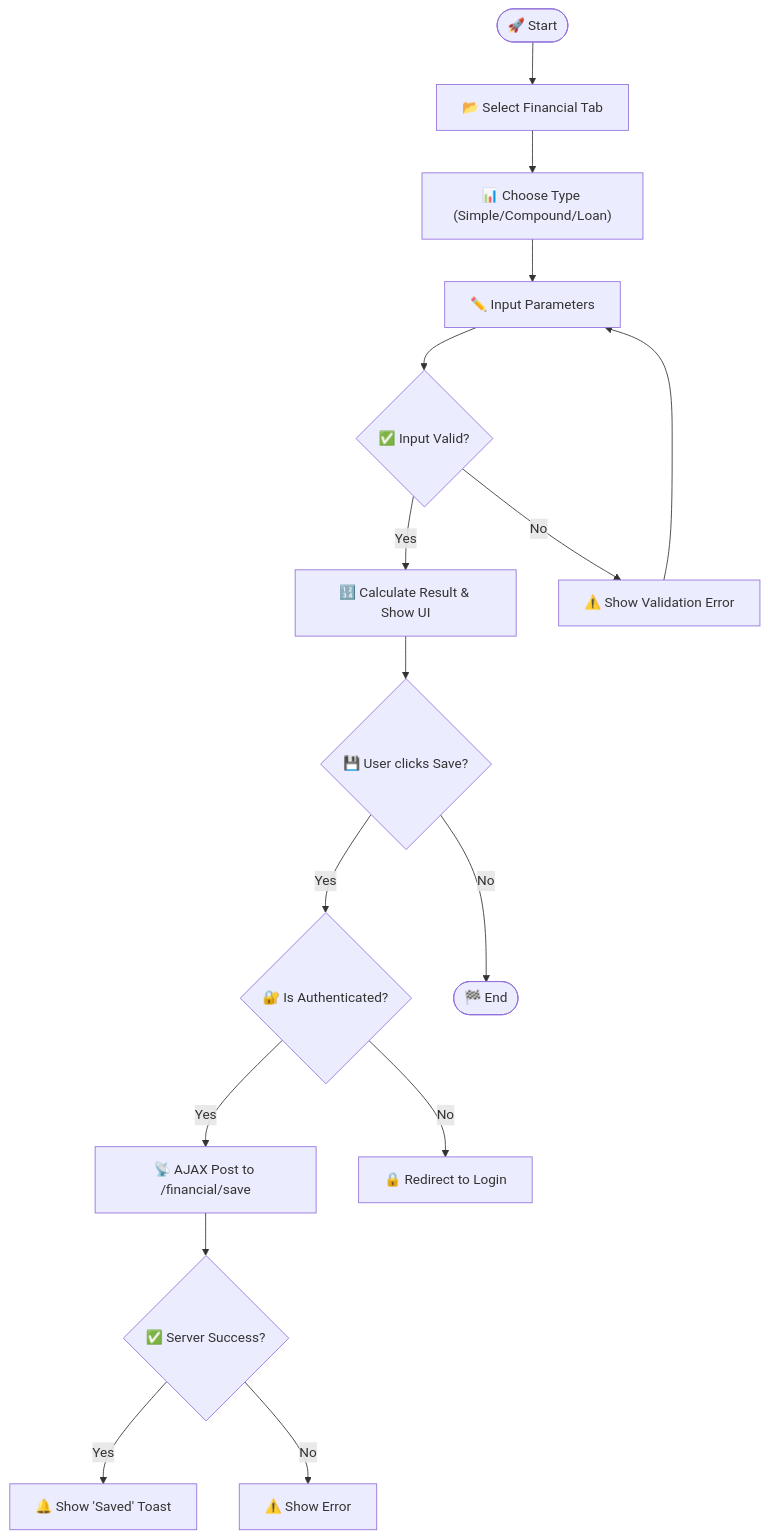
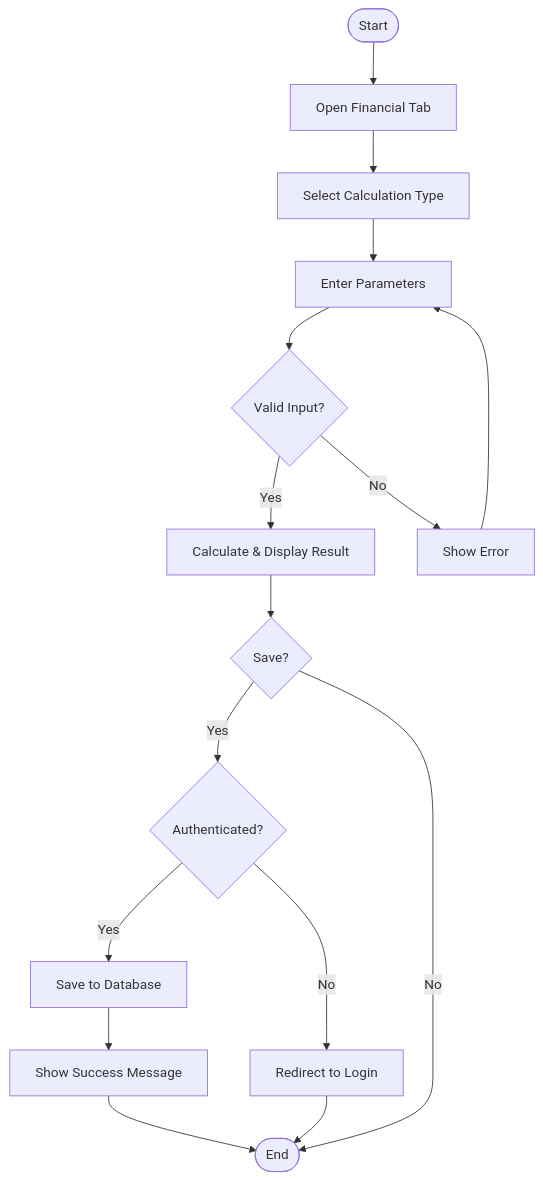
One commit to falcon-ioi/Caclcon changed the second of 4 diagrams in README.md. Above: the diagram before and after it, drawn with Mermaid. The commit also changed other lines of this file, not shown here.

Commit message:
Docs: Clean up UML diagrams for elegance and readability

````diff
--- a/README.md
+++ b/README.md
@@ -110,22 +110,22 @@
 ```mermaid
 flowchart TD
-    A(["🚀 Start"]) --> B["📂 Select Financial Tab"]
-    B --> C["📊 Choose Type (Simple/Compound/Loan)"]
-    C --> D["✏️ Input Parameters"]
-    D --> E{"✅ Input Valid?"}
+    A([Start]) --> B[Open Financial Tab]
+    B --> C[Select Calculation Type]
+    C --> D[Enter Parameters]
+    D --> E{Valid Input?}
     
-    E -->|Yes| F["🔢 Calculate Result & Show UI"]
-    F --> G{"💾 User clicks Save?"}
+    E -->|Yes| F[Calculate & Display Result]
+    F --> G{Save?}
     
-    G -->|Yes| H{"🔐 Is Authenticated?"}
-    H -->|Yes| I["📡 AJAX Post to /financial/save"]
-    I --> J{"✅ Server Success?"}
-    J -->|Yes| K["🔔 Show 'Saved' Toast"]
-    J -->|No| L["⚠️ Show Error"]
+    G -->|Yes| H{Authenticated?}
+    H -->|Yes| I[Save to Database]
+    I --> J[Show Success Message]
+    J --> K([End])
     
-    H -->|No| M["🔒 Redirect to Login"]
+    H -->|No| L[Redirect to Login]
+    L --> K
     
-    G -->|No| N(["🏁 End"])
-    E -->|No| O["⚠️ Show Validation Error"]
-    O --> D
+    G -->|No| K
+    E -->|No| M[Show Error]
+    M --> D
 ```
````
